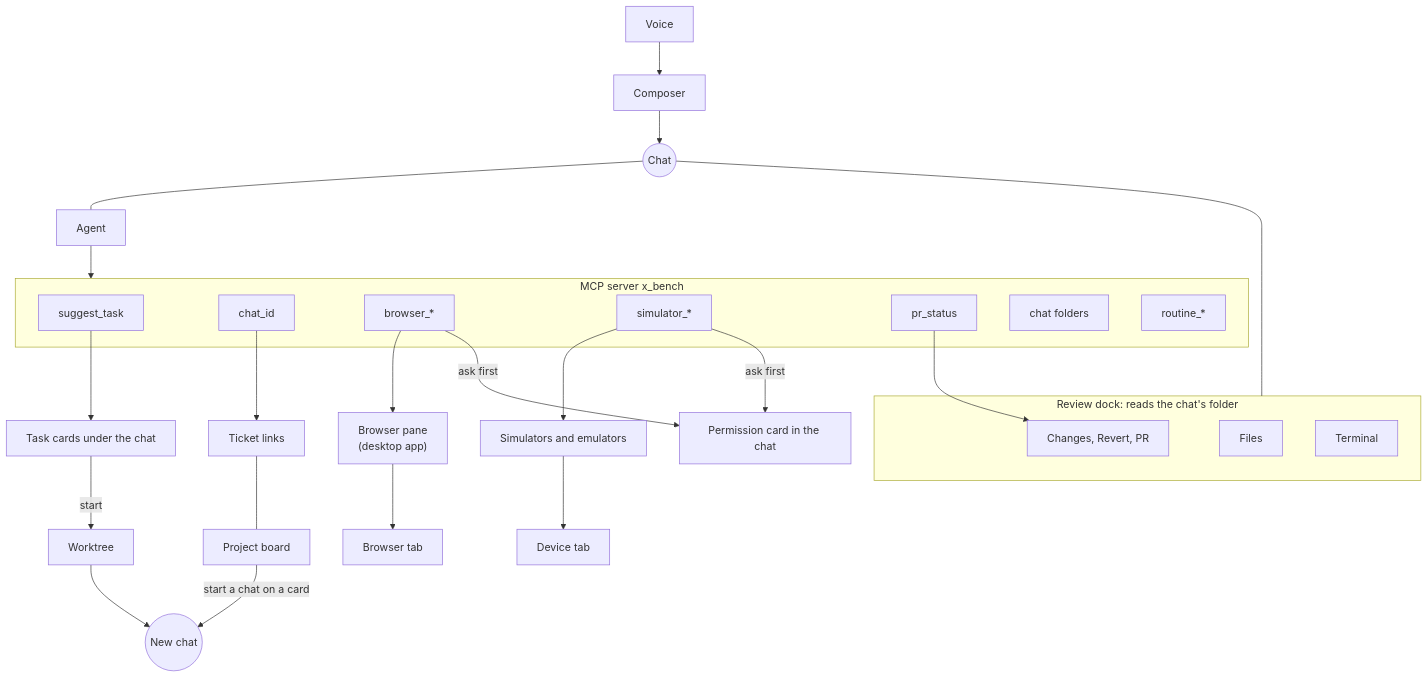
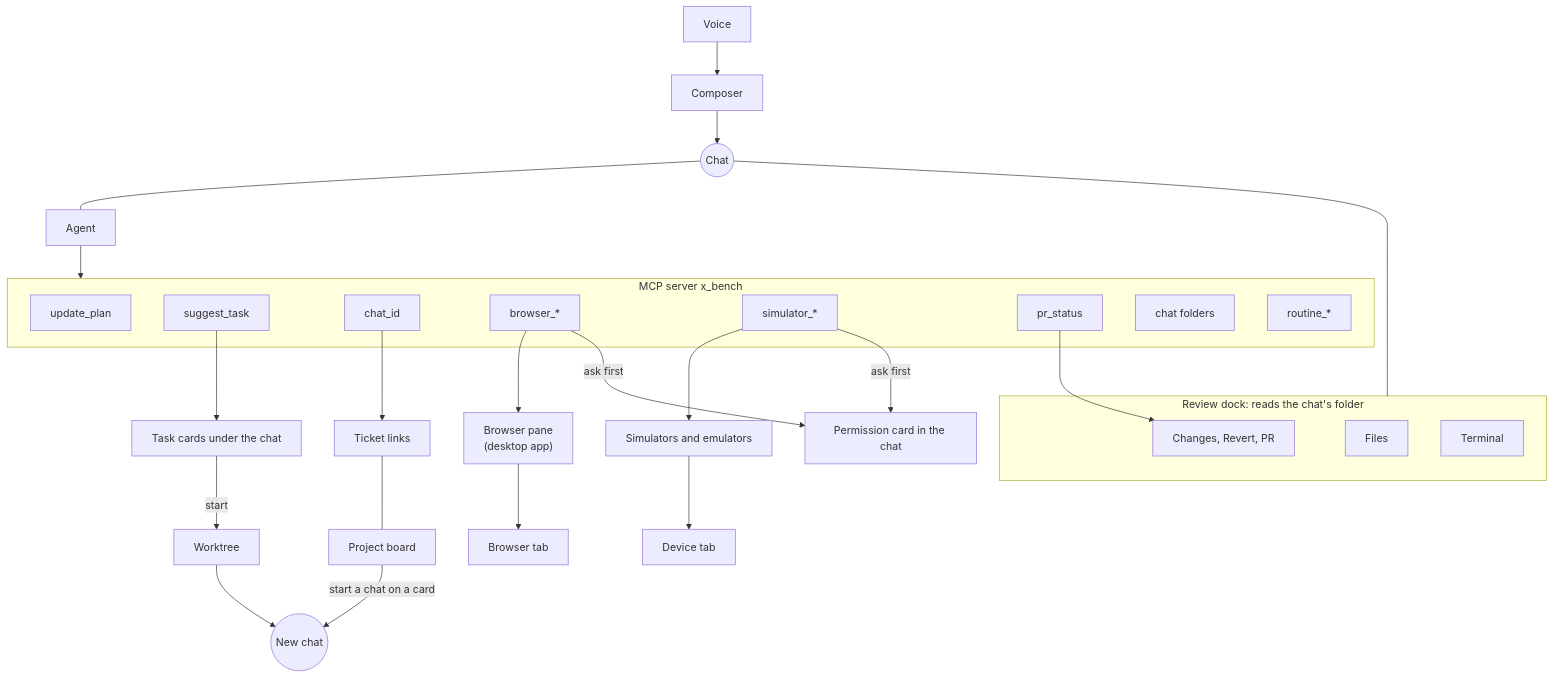
One commit to ThimoEder/x-bench changed the ninth of 16 diagrams in architecture.md. Above: the diagram before and after it, drawn with Mermaid. The commit also changed other lines of this file and 71 other files, not shown here.

````diff
--- a/architecture.md
+++ b/architecture.md
@@ -364,33 +364,34 @@
 ```mermaid
 flowchart TB
   Chat(("Chat"))
   subgraph dock [Review dock: reads the chat's folder]
     Git["Changes, Revert, PR"]
     Files["Files"]
     Term["Terminal"]
   end
   subgraph tools [MCP server x_bench]
+    Plan["update_plan"]
     Suggest["suggest_task"]
     ChatId["chat_id"]
     Browser["browser_*"]
     Sim["simulator_*"]
     PR["pr_status"]
     Folders["chat folders"]
     Routines["routine_*"]
   end
   Agent["Agent"] --> tools
   Chat --- Agent
   Chat --- dock
   Browser --> Pane["Browser pane<br/>(desktop app)"]
   Sim --> Devices["Simulators and emulators"]
   Devices --> DeviceTab["Device tab"]
   Pane --> BrowserTab["Browser tab"]
   Browser & Sim -->|"ask first"| Card["Permission card in the chat"]
   Suggest --> Cards["Task cards under the chat"]
   Cards -->|"start"| WT["Worktree"] --> NewChat(("New chat"))
   ChatId --> Links["Ticket links"]
   Board["Project board"] -->|"start a chat on a card"| NewChat
   Links --- Board
   PR --> Git
   Voice["Voice"] --> Composer["Composer"] --> Chat
 ```
````
